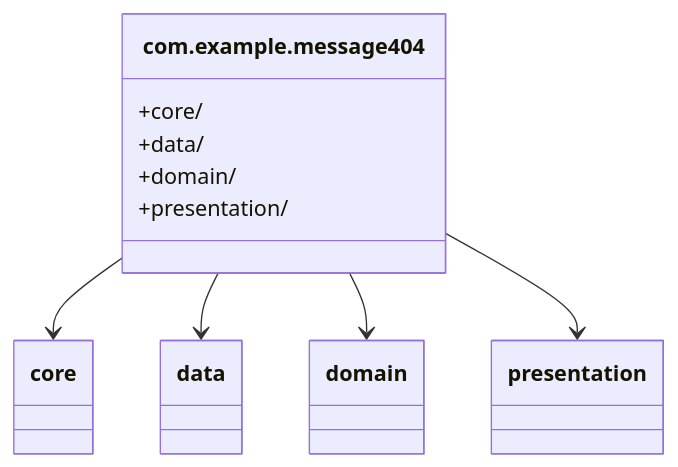
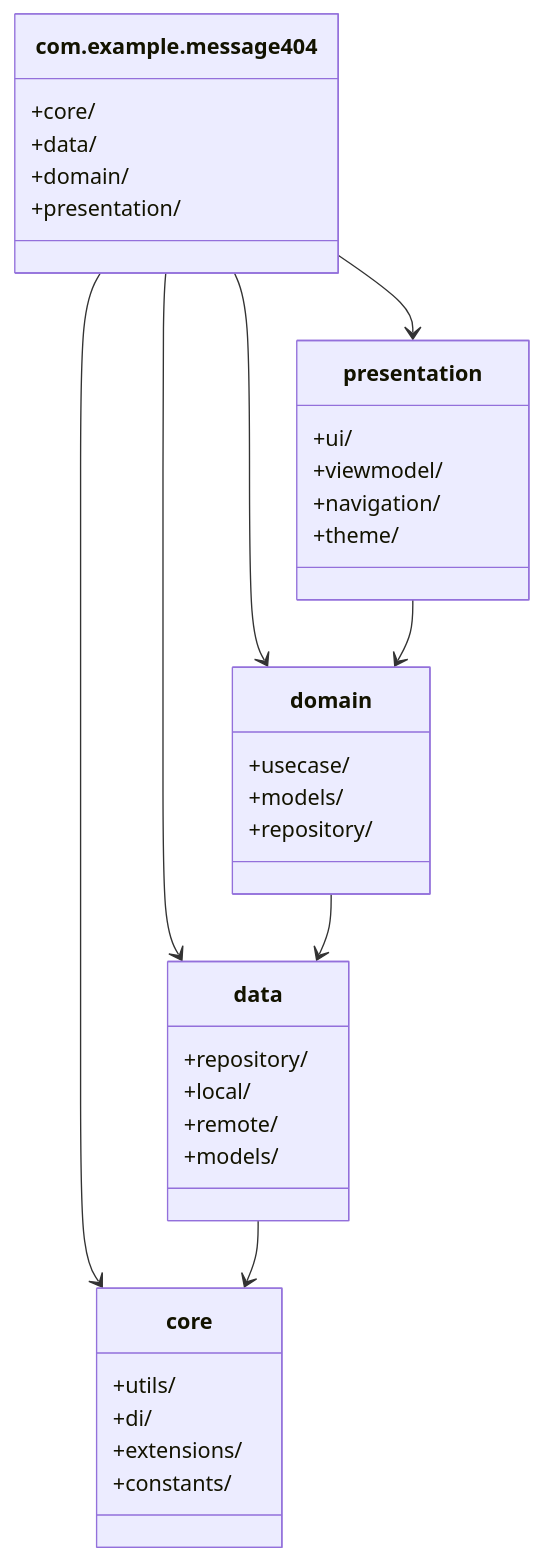
Before and after one commit to Angel-Energy/diplom-: the fifth of 31 diagrams in ALL_DIAGRAMS.md, drawn with Mermaid. The commit also changed other lines of this file, not shown here.

Commit message:
Enhance diagram text with detailed descriptions, subgraphs, and styling

````diff
--- a/ALL_DIAGRAMS.md
+++ b/ALL_DIAGRAMS.md
@@ -90,13 +121,39 @@
 ```mermaid
 classDiagram
     class com.example.message404 {
         +core/
         +data/
         +domain/
         +presentation/
     }
+    class core {
+        +utils/
+        +di/
+        +extensions/
+        +constants/
+    }
+    class data {
+        +repository/
+        +local/
+        +remote/
+        +models/
+    }
+    class domain {
+        +usecase/
+        +models/
+        +repository/
+    }
+    class presentation {
+        +ui/
+        +viewmodel/
+        +navigation/
+        +theme/
+    }
     com.example.message404 --> core
     com.example.message404 --> data
     com.example.message404 --> domain
     com.example.message404 --> presentation
+    data --> core
+    domain --> data
+    presentation --> domain
 ```
````
